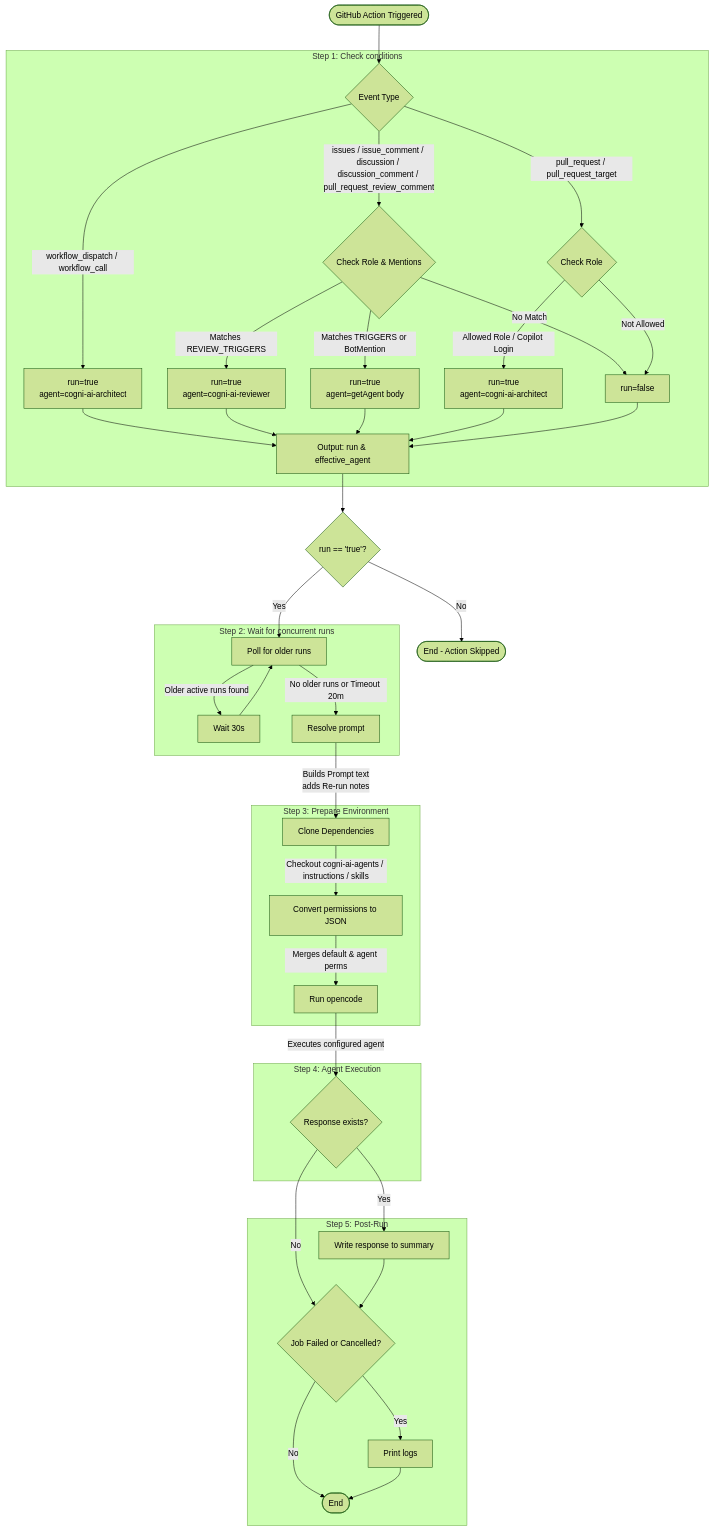
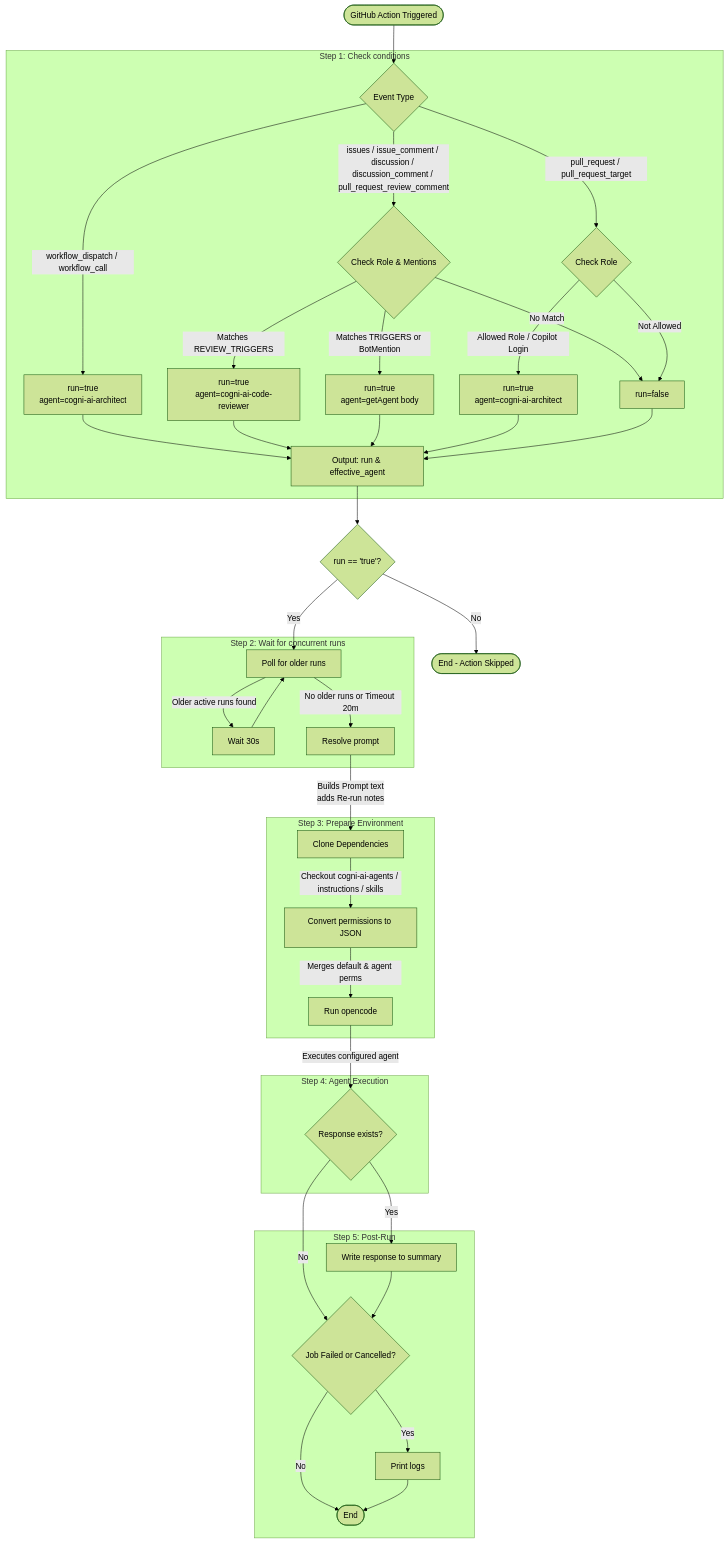
The diagram in FLOWS.mmd (Cogni-AI-OU/cogni-ai-agent-action), drawn with Mermaid (forest theme) before and after one commit. The commit also changed 4 other files, not shown here.

Commit message:
update: rename reviewer agent to code-reviewer and plan-reviewer

```diff
--- a/FLOWS.mmd
+++ b/FLOWS.mmd
@@ -1,55 +1,55 @@
 flowchart TD
     Start([GitHub Action Triggered]) --> CheckConditions
 
     subgraph Step 1: Check conditions
         CheckConditions{Event Type}
         CheckConditions -->|workflow_dispatch / workflow_call| SetDefault[run=true<br/>agent=cogni-ai-architect]
         CheckConditions -->|issues / issue_comment / discussion / discussion_comment / pull_request_review_comment| CommentCheck{Check Role & Mentions}
         CheckConditions -->|pull_request / pull_request_target| PRCheck{Check Role}
 
-        CommentCheck -->|Matches REVIEW_TRIGGERS| SetReviewer[run=true<br/>agent=cogni-ai-reviewer]
+        CommentCheck -->|Matches REVIEW_TRIGGERS| SetReviewer[run=true<br/>agent=cogni-ai-code-reviewer]
         CommentCheck -->|Matches TRIGGERS or BotMention| SetParsed[run=true<br/>agent=getAgent body]
         CommentCheck -->|No Match| Skip[run=false]
 
         PRCheck -->|Allowed Role / Copilot Login| SetDefaultPR[run=true<br/>agent=cogni-ai-architect]
         PRCheck -->|Not Allowed| Skip
 
         SetDefault --> FinalAgent[Output: run & effective_agent]
         SetReviewer --> FinalAgent
         SetParsed --> FinalAgent
         SetDefaultPR --> FinalAgent
         Skip --> FinalAgent
     end
 
     FinalAgent --> ShouldRun{run == 'true'?}
     ShouldRun -->|No| EndSkipped([End - Action Skipped])
     ShouldRun -->|Yes| WaitConcurrency
 
     subgraph Step 2: Wait for concurrent runs
         WaitConcurrency[Poll for older runs]
         WaitConcurrency --> |Older active runs found| Delay[Wait 30s]
         Delay --> WaitConcurrency
         WaitConcurrency --> |No older runs or Timeout 20m| ResolvePrompt[Resolve prompt]
     end
 
     subgraph Step 3: Prepare Environment
         ResolvePrompt --> |Builds Prompt text<br/>adds Re-run notes| Checkout[Clone Dependencies]
         Checkout --> |Checkout cogni-ai-agents / instructions / skills| permissions[Convert permissions to JSON]
         permissions --> |Merges default & agent perms| opencode[Run opencode]
     end
 
     subgraph Step 4: Agent Execution
         opencode -->|Executes configured agent| EvaluateResult
     end
 
     subgraph Step 5: Post-Run
         EvaluateResult{Response exists?}
         EvaluateResult -->|Yes| WriteSummary[Write response to summary]
         EvaluateResult -->|No| CheckFailure
         WriteSummary --> CheckFailure
 
         CheckFailure{Job Failed or Cancelled?}
         CheckFailure -->|Yes| PrintLogs[Print logs]
         CheckFailure -->|No| End([End])
         PrintLogs --> End
     end
```
